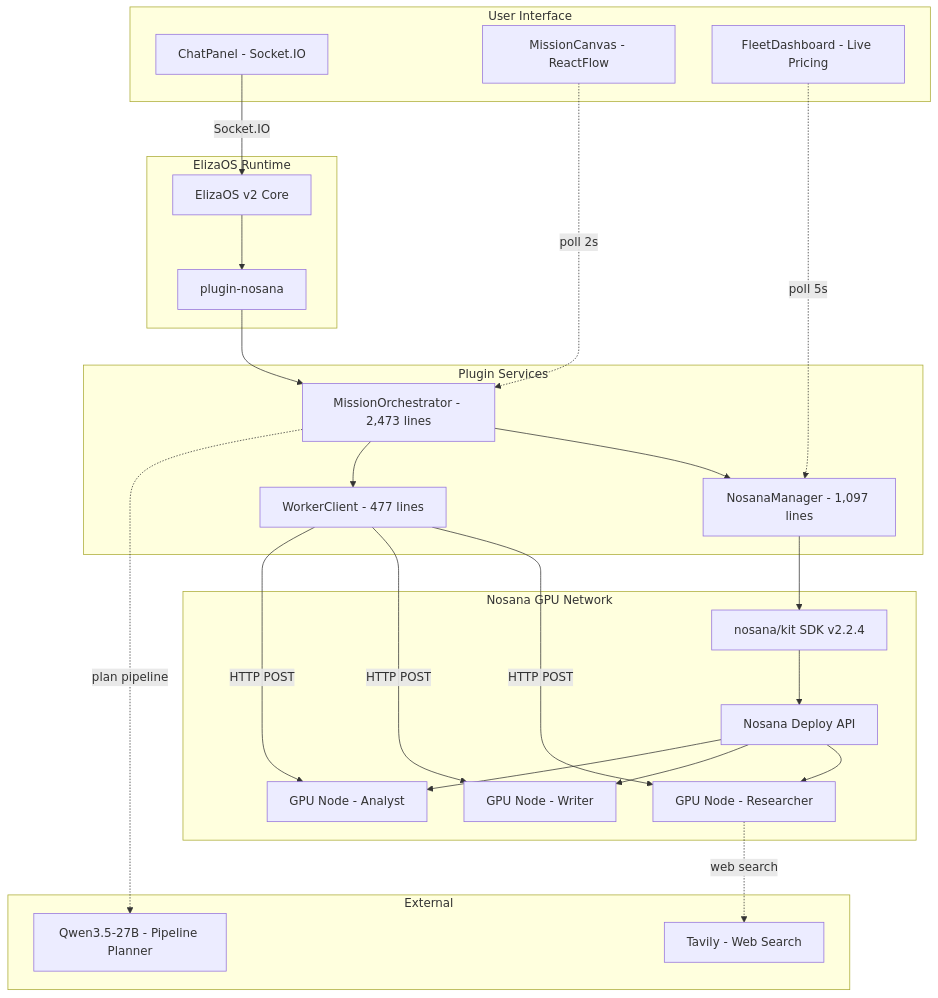
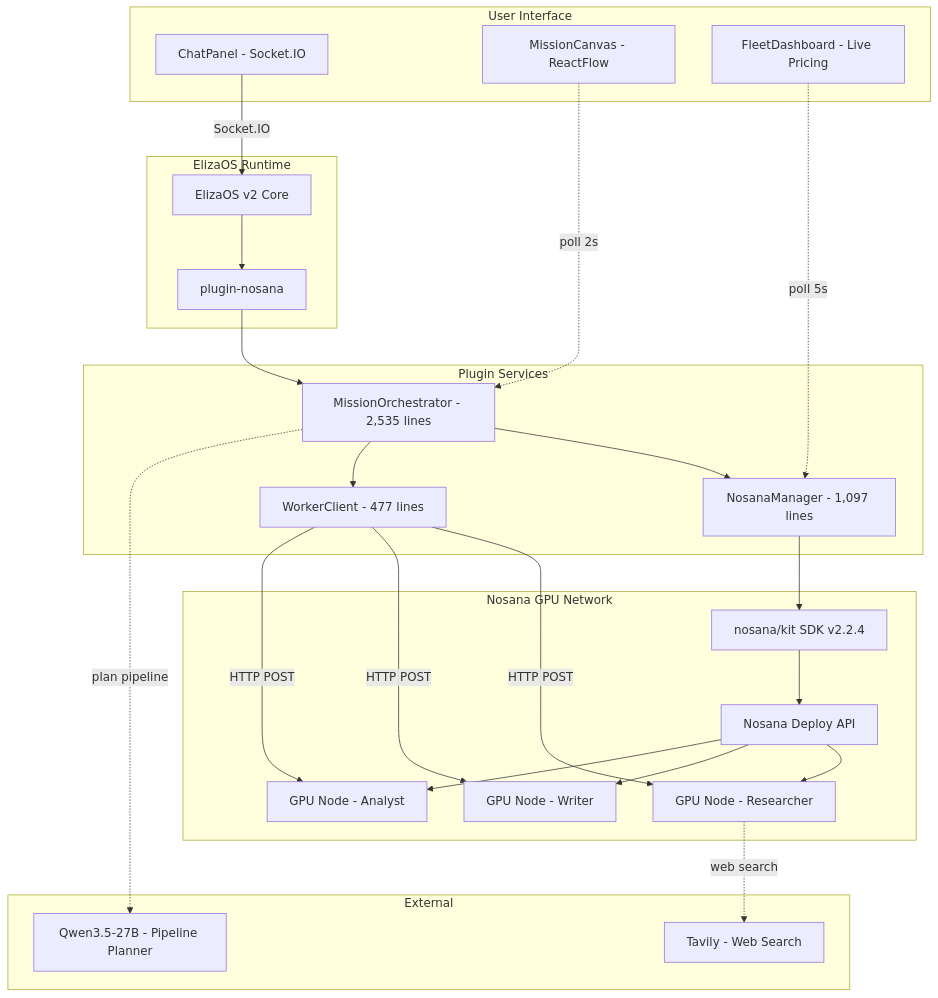
The first of 8 diagrams in ARCHITECTURE.md (Andy00L/agent-challenge-4), drawn with Mermaid before and after one commit. The commit also changed other lines of this file and 29 other files, not shown here.

````diff
--- a/ARCHITECTURE.md
+++ b/ARCHITECTURE.md
@@ -7,45 +7,45 @@
 ```mermaid
 graph TB
     subgraph User Interface
         Chat[ChatPanel - Socket.IO]
         Canvas[MissionCanvas - ReactFlow]
         Fleet[FleetDashboard - Live Pricing]
     end
     subgraph ElizaOS Runtime
         Core[ElizaOS v2 Core]
         Plugin[plugin-nosana]
     end
     subgraph Plugin Services
-        Orch[MissionOrchestrator - 2,473 lines]
+        Orch[MissionOrchestrator - 2,535 lines]
         Manager[NosanaManager - 1,097 lines]
         Worker[WorkerClient - 477 lines]
     end
     subgraph Nosana GPU Network
         SDK[nosana/kit SDK v2.2.4]
         API[Nosana Deploy API]
         GPU1[GPU Node - Researcher]
         GPU2[GPU Node - Writer]
         GPU3[GPU Node - Analyst]
     end
     subgraph External
         LLM[Qwen3.5-27B - Pipeline Planner]
         Tavily[Tavily - Web Search]
     end
     Chat -->|Socket.IO| Core
     Core --> Plugin
     Plugin --> Orch
     Orch --> Manager
     Orch --> Worker
     Manager --> SDK
     SDK --> API
     API --> GPU1
     API --> GPU2
     API --> GPU3
     Worker -->|HTTP POST| GPU1
     Worker -->|HTTP POST| GPU2
     Worker -->|HTTP POST| GPU3
     GPU1 -.->|web search| Tavily
     Orch -.->|plan pipeline| LLM
     Canvas -.->|poll 2s| Orch
     Fleet -.->|poll 5s| Manager
 ```
````
